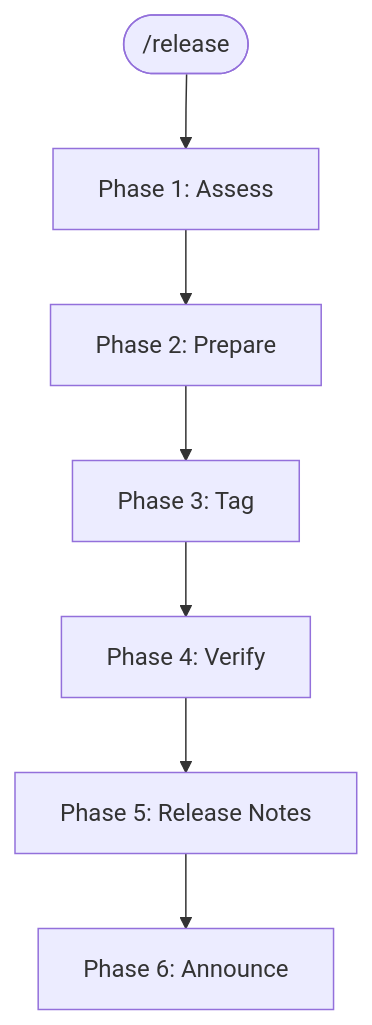
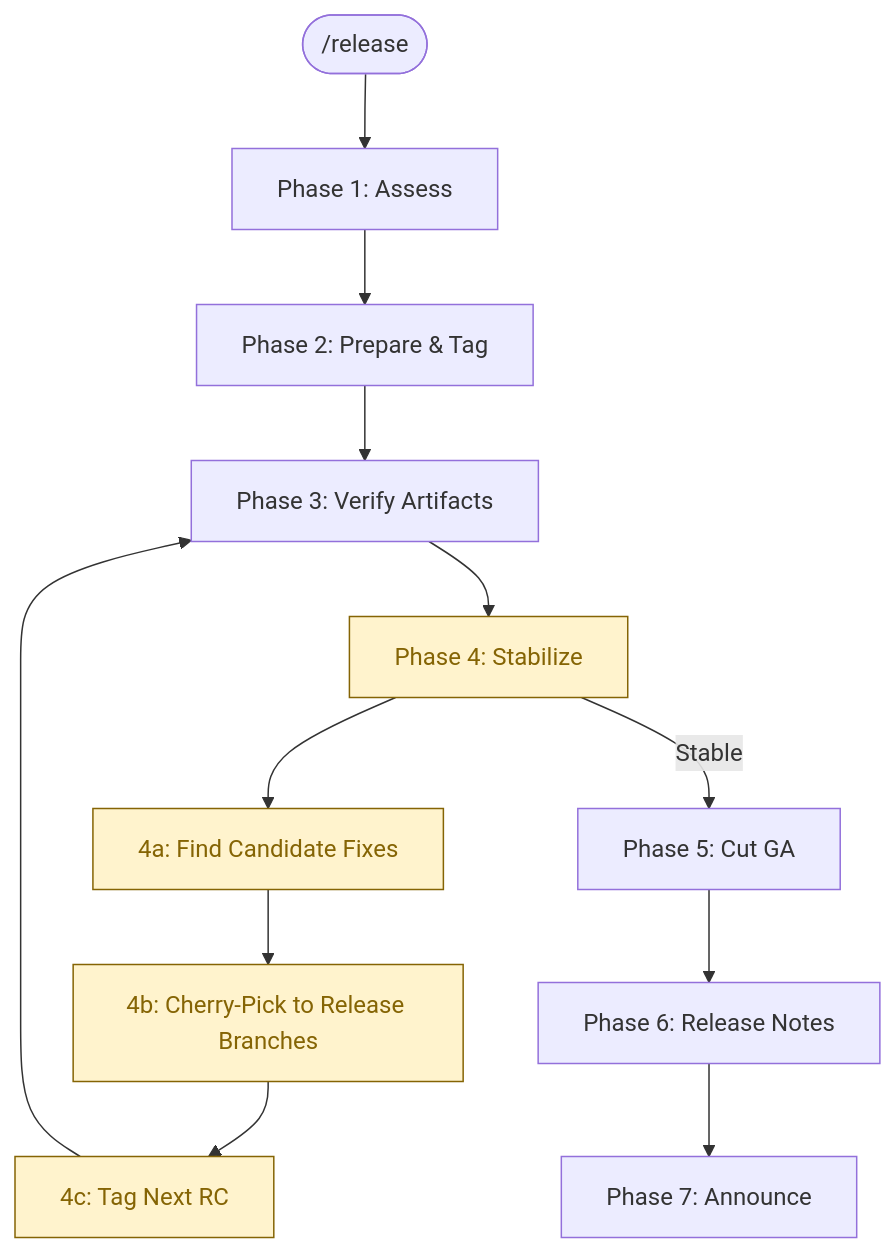
The diagram in .claude/skills/release/SKILL.md (pdettori/kagenti), drawn with Mermaid before and after one commit. The commit also changed other lines of this file and 2 other files, not shown here.

First line of the commit message:
docs: rewrite release skill and consolidate release docs

````diff
--- a/.claude/skills/release/SKILL.md
+++ b/.claude/skills/release/SKILL.md
@@ -6,9 +6,17 @@
 ```mermaid
 flowchart TD
     START(["/release"]) --> ASSESS["Phase 1: Assess"]
-    ASSESS --> PREPARE["Phase 2: Prepare"]
-    PREPARE --> TAG["Phase 3: Tag"]
-    TAG --> VERIFY["Phase 4: Verify"]
-    VERIFY --> NOTES["Phase 5: Release Notes"]
-    NOTES --> ANNOUNCE["Phase 6: Announce"]
+    ASSESS --> PREPARE["Phase 2: Prepare & Tag"]
+    PREPARE --> VERIFY["Phase 3: Verify Artifacts"]
+    VERIFY --> STABILIZE["Phase 4: Stabilize"]
+    STABILIZE --> CANDIDATES["4a: Find Candidate Fixes"]
+    CANDIDATES --> CHERRYPICK["4b: Cherry-Pick to Release Branches"]
+    CHERRYPICK --> NEXTTAG["4c: Tag Next RC"]
+    NEXTTAG --> VERIFY
+    STABILIZE -->|"Stable"| GA["Phase 5: Cut GA"]
+    GA --> NOTES["Phase 6: Release Notes"]
+    NOTES --> ANNOUNCE["Phase 7: Announce"]
+
+    classDef loop fill:#FFF3CD,stroke:#856404,color:#856404
+    class STABILIZE,CANDIDATES,CHERRYPICK,NEXTTAG loop
 ```
````
